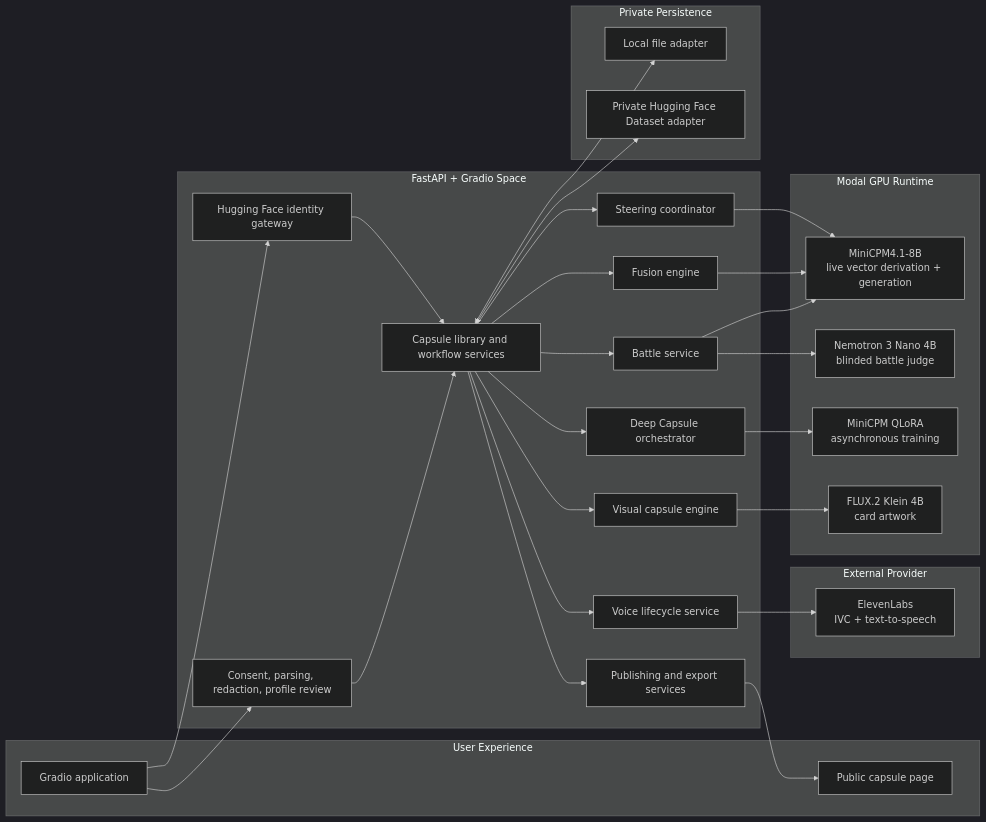
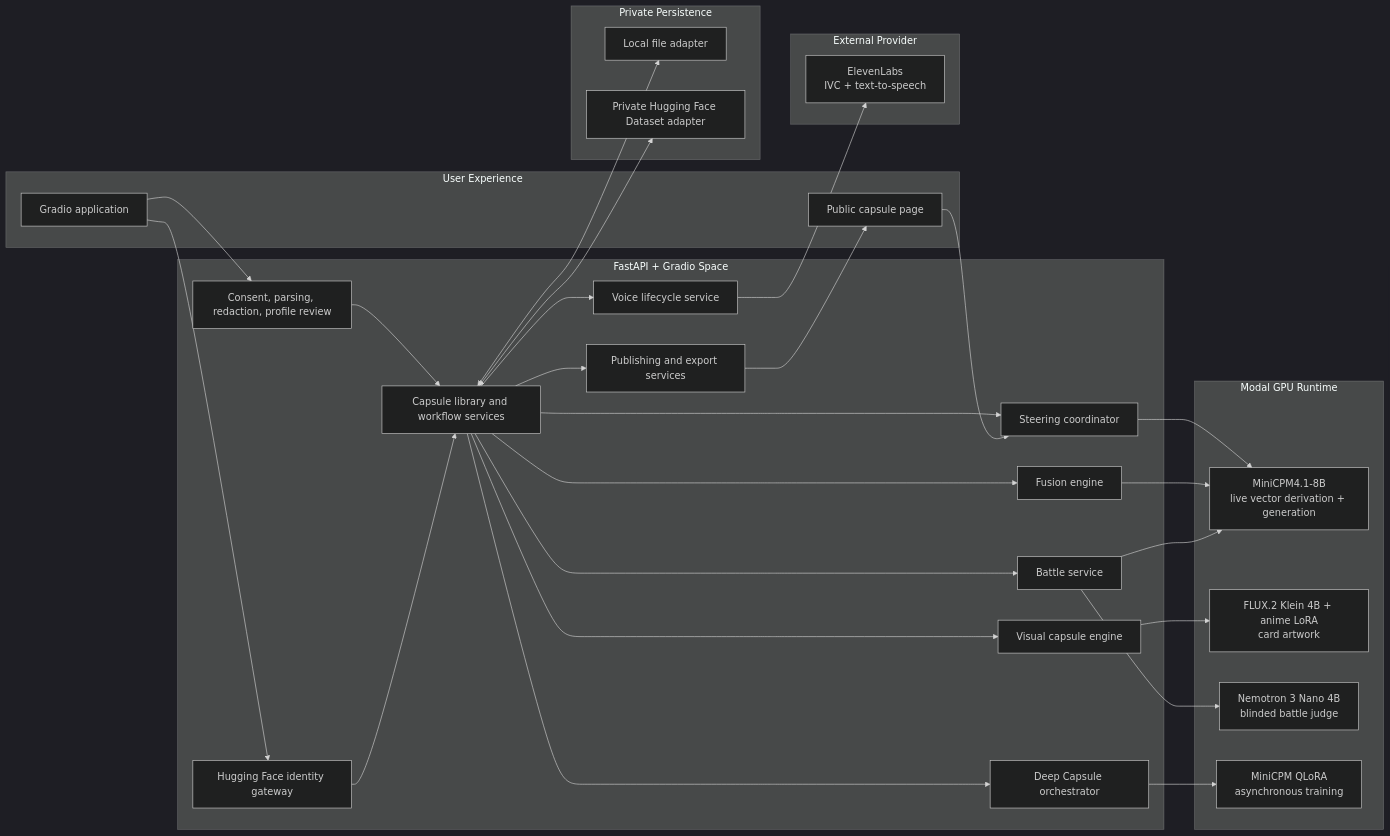
One commit to perfect7613/persona-capsule changed the second of 3 diagrams in README.md. Above: the diagram before and after it, drawn with Mermaid (dark theme). The commit also changed other lines of this file and 12 other files, not shown here.

````diff
--- a/README.md
+++ b/README.md
@@ -133,58 +135,59 @@
 ```mermaid
 flowchart LR
     subgraph Client["User Experience"]
         UI["Gradio application"]
         Share["Public capsule page"]
     end
 
     subgraph Space["FastAPI + Gradio Space"]
         Identity["Hugging Face identity gateway"]
         Ingestion["Consent, parsing, redaction, profile review"]
         Library["Capsule library and workflow services"]
         Steering["Steering coordinator"]
         Fusion["Fusion engine"]
         Battle["Battle service"]
         Deep["Deep Capsule orchestrator"]
         Visual["Visual capsule engine"]
         Voice["Voice lifecycle service"]
         Publishing["Publishing and export services"]
     end
 
     subgraph Storage["Private Persistence"]
         Local["Local file adapter"]
         Hub["Private Hugging Face Dataset adapter"]
     end
 
     subgraph ModalRuntime["Modal GPU Runtime"]
         MiniCPM["MiniCPM4.1-8B\nlive vector derivation + generation"]
-        Flux["FLUX.2 Klein 4B\ncard artwork"]
+        Flux["FLUX.2 Klein 4B + anime LoRA\ncard artwork"]
         Nemotron["Nemotron 3 Nano 4B\nblinded battle judge"]
         Trainer["MiniCPM QLoRA\nasynchronous training"]
     end
 
     subgraph Providers["External Provider"]
         ElevenLabs["ElevenLabs\nIVC + text-to-speech"]
     end
 
     UI --> Identity
     UI --> Ingestion
     Ingestion --> Library
     Identity --> Library
     Library <--> Local
     Library <--> Hub
     Library --> Steering
     Steering --> MiniCPM
     Library --> Fusion
     Fusion --> MiniCPM
     Library --> Battle
     Battle --> MiniCPM
     Battle --> Nemotron
     Library --> Deep
     Deep --> Trainer
     Library --> Visual
     Visual --> Flux
     Library --> Voice
     Voice --> ElevenLabs
     Library --> Publishing
     Publishing --> Share
+    Share --> Steering
 ```
````
